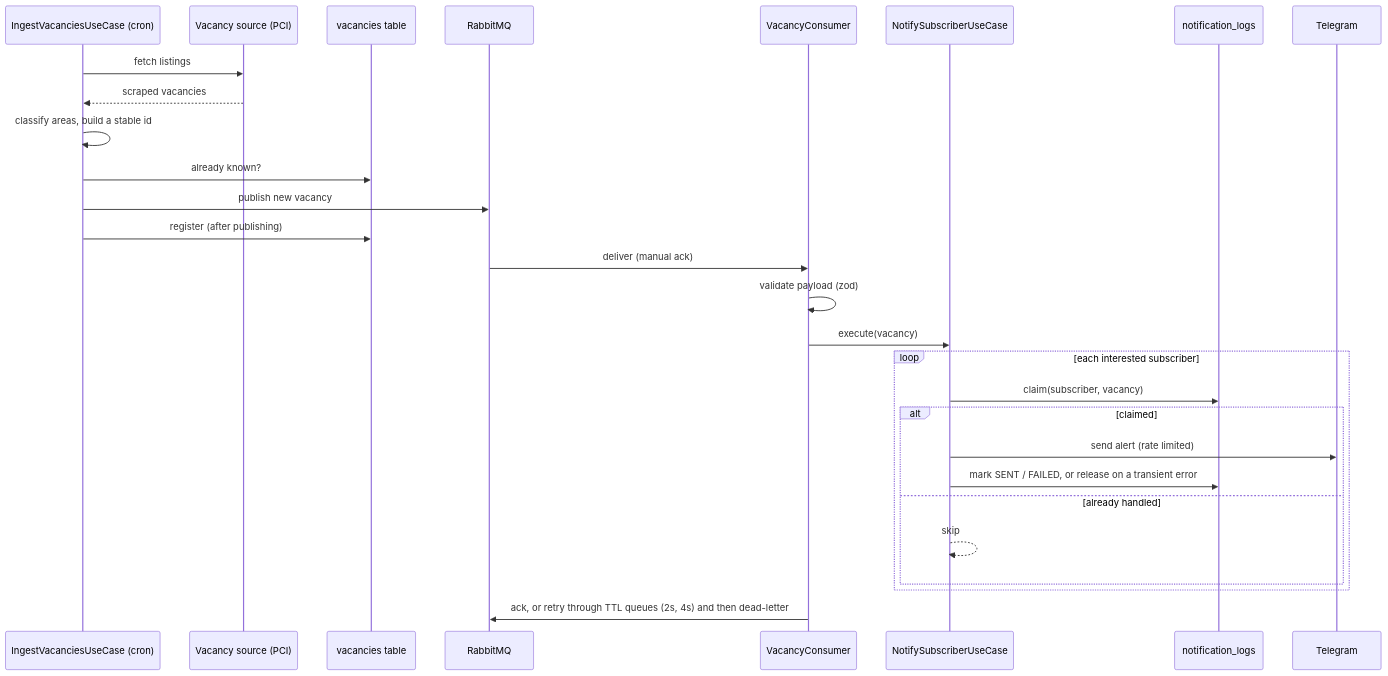
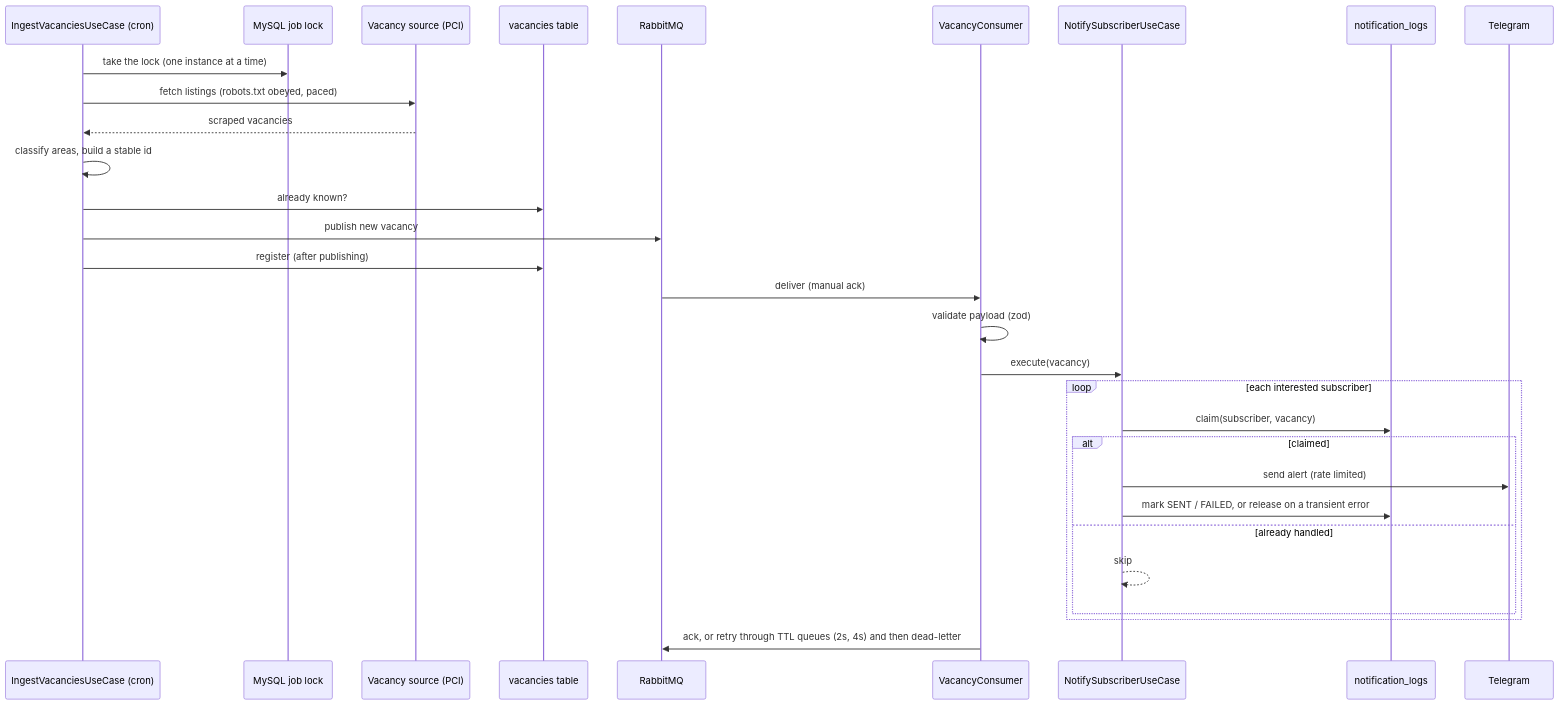
Before and after one commit to TheSupereor/concursoBot: the second of 3 diagrams in docs/architecture.md, drawn with Mermaid. The commit also changed other lines of this file and 26 other files, not shown here.

First line of the commit message:
feat(scraper): obey robots.txt, lock between instances and watch the live layout

````diff
--- a/docs/architecture.md
+++ b/docs/architecture.md
@@ -64,31 +64,33 @@
 ```mermaid
 sequenceDiagram
   participant Sc as IngestVacanciesUseCase (cron)
+  participant Lock as MySQL job lock
   participant Src as Vacancy source (PCI)
   participant Vac as vacancies table
   participant MQ as RabbitMQ
   participant Co as VacancyConsumer
   participant UC as NotifySubscriberUseCase
   participant Log as notification_logs
   participant Tg as Telegram
 
-  Sc->>Src: fetch listings
+  Sc->>Lock: take the lock (one instance at a time)
+  Sc->>Src: fetch listings (robots.txt obeyed, paced)
   Src-->>Sc: scraped vacancies
   Sc->>Sc: classify areas, build a stable id
   Sc->>Vac: already known?
   Sc->>MQ: publish new vacancy
   Sc->>Vac: register (after publishing)
   MQ->>Co: deliver (manual ack)
   Co->>Co: validate payload (zod)
   Co->>UC: execute(vacancy)
   loop each interested subscriber
     UC->>Log: claim(subscriber, vacancy)
     alt claimed
       UC->>Tg: send alert (rate limited)
       UC->>Log: mark SENT / FAILED, or release on a transient error
     else already handled
       UC-->>UC: skip
     end
   end
   Co->>MQ: ack, or retry through TTL queues (2s, 4s) and then dead-letter
 ```
````
